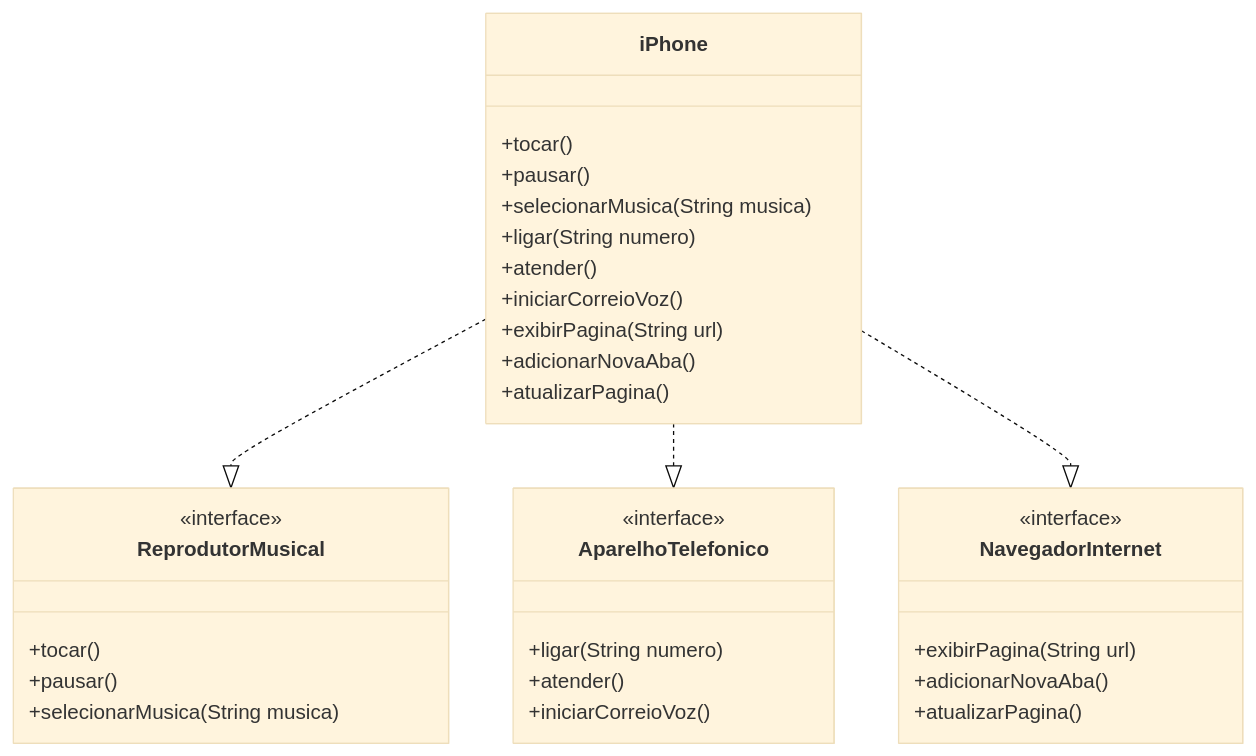
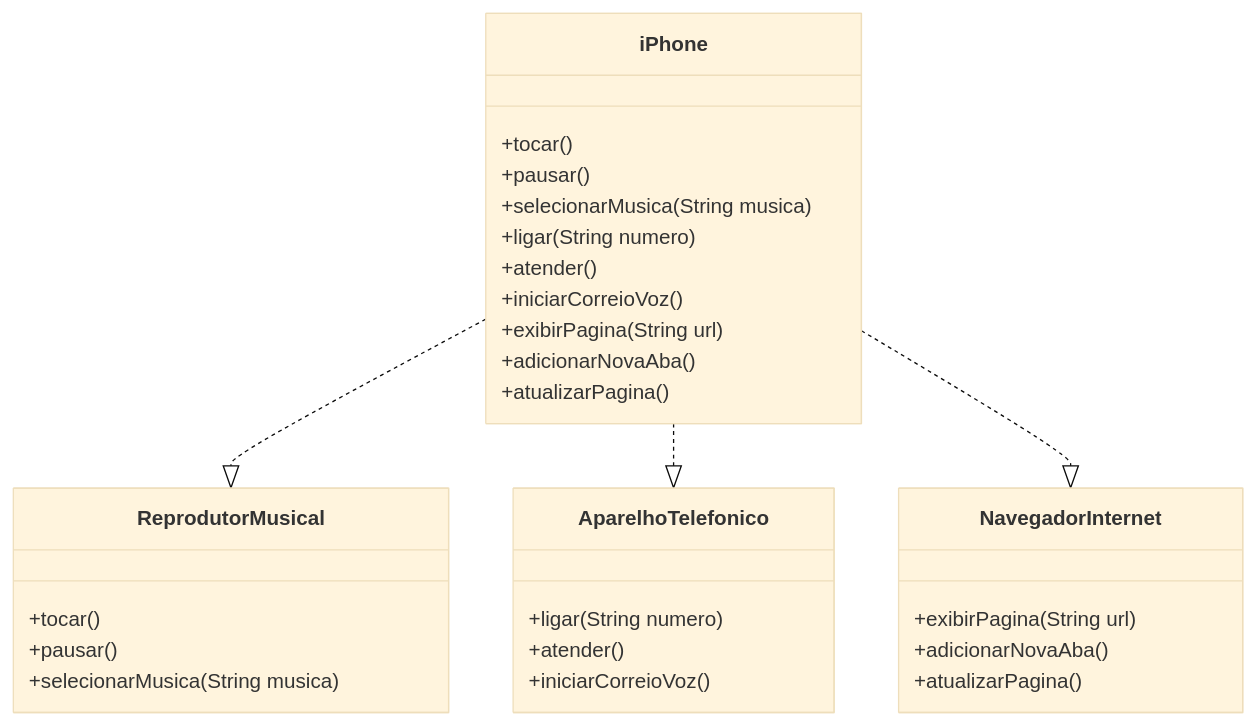
Before and after one commit to Diangley/lancamento-iphane-2007: the diagram in DiagramaUML.mermaid, drawn with Mermaid (base theme).

```diff
--- a/DiagramaUML.mermaid
+++ b/DiagramaUML.mermaid
@@ -1,37 +1,34 @@
 classDiagram
     class iPhone {
         +tocar()
         +pausar()
         +selecionarMusica(String musica)
         +ligar(String numero)
         +atender()
         +iniciarCorreioVoz()
         +exibirPagina(String url)
         +adicionarNovaAba()
         +atualizarPagina()
     }
 
     class ReprodutorMusical {
-        <<interface>>
         +tocar()
         +pausar()
         +selecionarMusica(String musica)
     }
 
     class AparelhoTelefonico {
-        <<interface>>
         +ligar(String numero)
         +atender()
         +iniciarCorreioVoz()
     }
 
     class NavegadorInternet {
-        <<interface>>
         +exibirPagina(String url)
         +adicionarNovaAba()
         +atualizarPagina()
     }
 
     iPhone ..|> ReprodutorMusical
     iPhone ..|> AparelhoTelefonico
     iPhone ..|> NavegadorInternet
```
